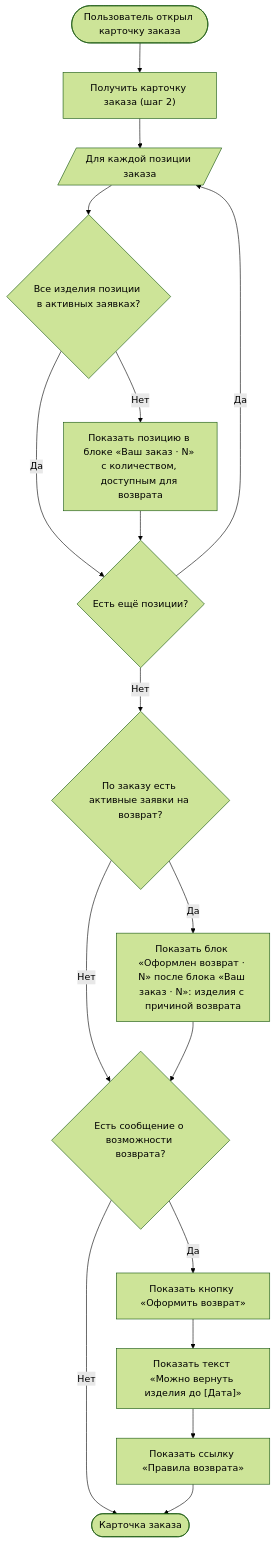
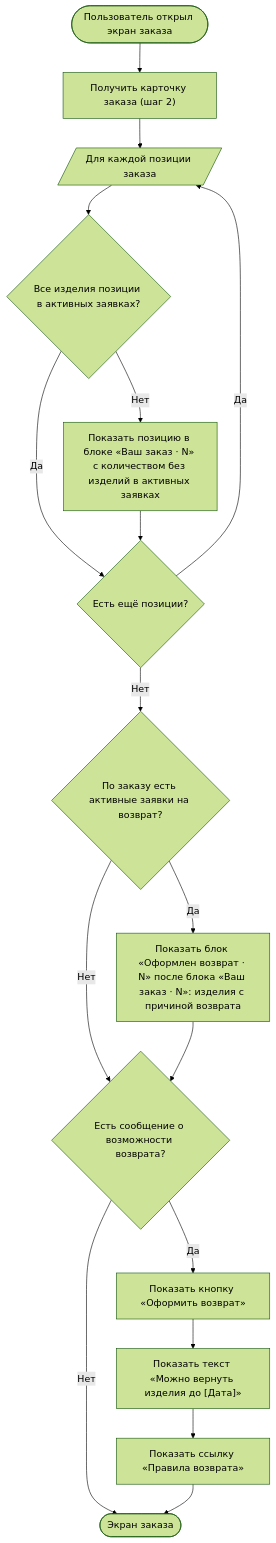
Before and after one commit to Terinss155/opencode-agents-analysis: the second of 24 diagrams in projects/returns-2.0/requirements/srs/srs-mobile-mvp.md, drawn with Mermaid (forest theme). The commit also changed other lines of this file and 135 other files, not shown here.

````diff
--- a/projects/returns-2.0/requirements/srs/srs-mobile-mvp.md
+++ b/projects/returns-2.0/requirements/srs/srs-mobile-mvp.md
@@ -89,19 +127,19 @@
 ```mermaid
 flowchart TD
-    S([Пользователь открыл карточку заказа]) --> A["Получить карточку заказа (шаг 2)"]
+    S([Пользователь открыл экран заказа]) --> A["Получить карточку заказа (шаг 2)"]
     A --> P[/"Для каждой позиции заказа"/]
     P --> B{"Все изделия позиции в активных заявках?"}
-    B -->|Нет| C["Показать позицию в блоке «Ваш заказ · N» с количеством, доступным для возврата"]
+    B -->|Нет| C["Показать позицию в блоке «Ваш заказ · N» с количеством без изделий в активных заявках"]
     B -->|Да| N
     C --> N{"Есть ещё позиции?"}
     N -->|Да| P
     N -->|Нет| O{"По заказу есть активные заявки на возврат?"}
     O -->|Да| O1["Показать блок «Оформлен возврат · N» после блока «Ваш заказ · N»: изделия с причиной возврата"]
     O -->|Нет| K
     O1 --> K{"Есть сообщение о возможности возврата?"}
     K -->|Да| Y["Показать кнопку «Оформить возврат»"]
     K -->|Нет| Z
     Y --> Y1["Показать текст «Можно вернуть изделия до [Дата]»"]
     Y1 --> Y2["Показать ссылку «Правила возврата»"]
-    Y2 --> Z([Карточка заказа])
+    Y2 --> Z([Экран заказа])
 ```
````
